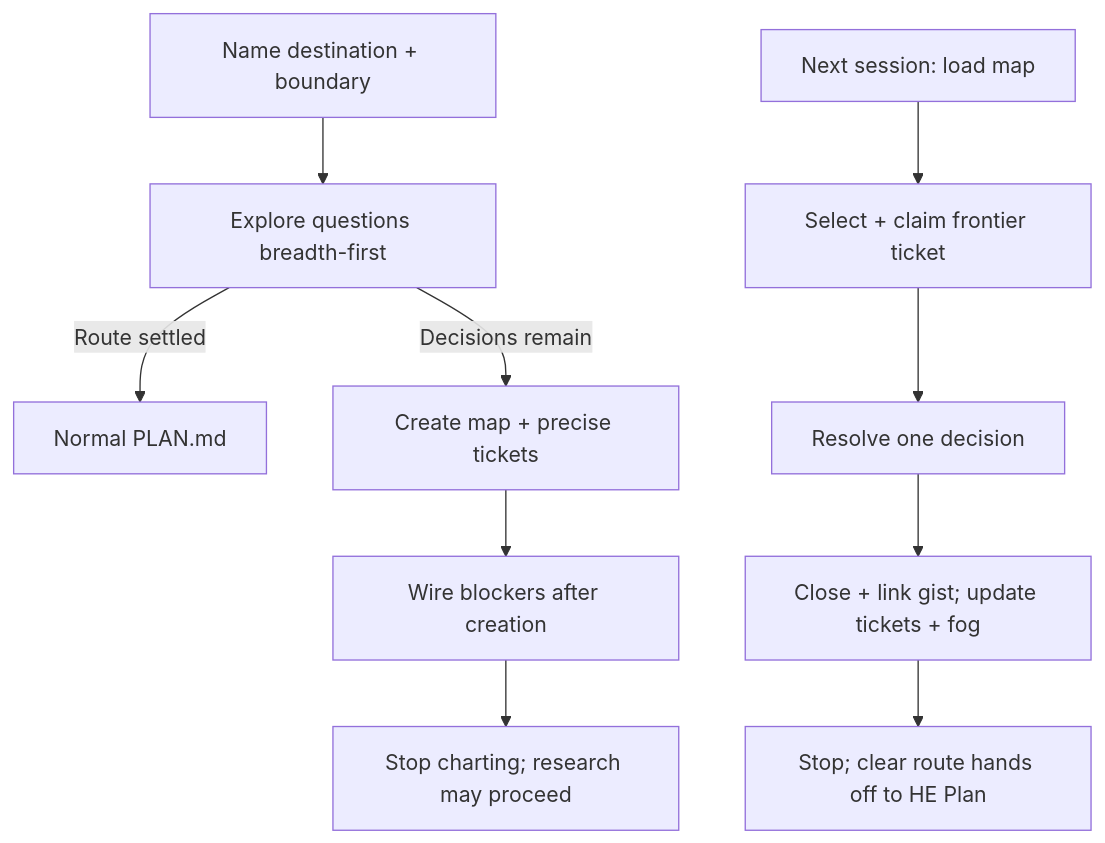
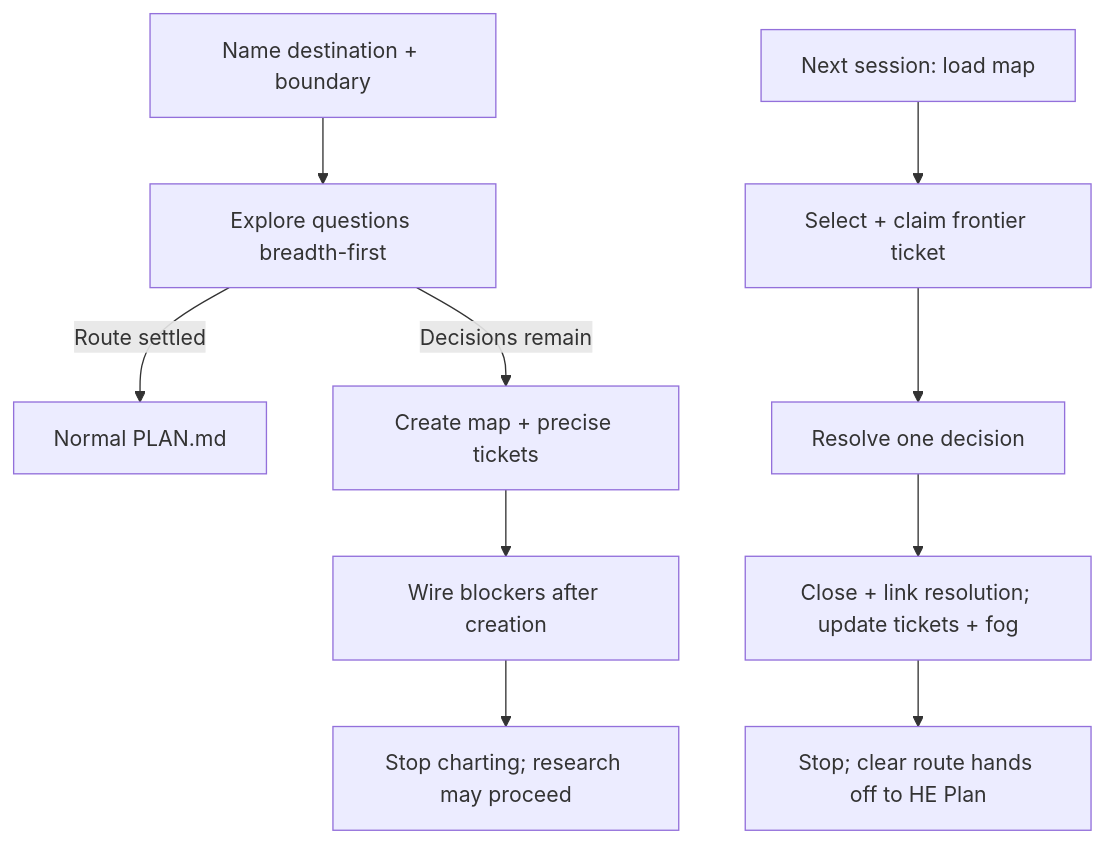
The diagram in .agents/skills/he-plan/references/wayfinding.md (sgaabdu4/hard-eng), drawn with Mermaid before and after one commit. The commit also changed other lines of this file and 9 other files, not shown here.

````diff
--- a/.agents/skills/he-plan/references/wayfinding.md
+++ b/.agents/skills/he-plan/references/wayfinding.md
@@ -7,12 +7,12 @@
 ```mermaid
 flowchart TD
   D[Name destination + boundary] --> F[Explore questions breadth-first]
   F -->|Route settled| P[Normal PLAN.md]
   F -->|Decisions remain| M[Create map + precise tickets]
   M --> W[Wire blockers after creation]
   W --> S[Stop charting; research may proceed]
   N[Next session: load map] --> C[Select + claim frontier ticket]
   C --> R[Resolve one decision]
-  R --> U[Close + link gist; update tickets + fog]
+  R --> U[Close + link resolution; update tickets + fog]
   U --> E[Stop; clear route hands off to HE Plan]
 ```
````
